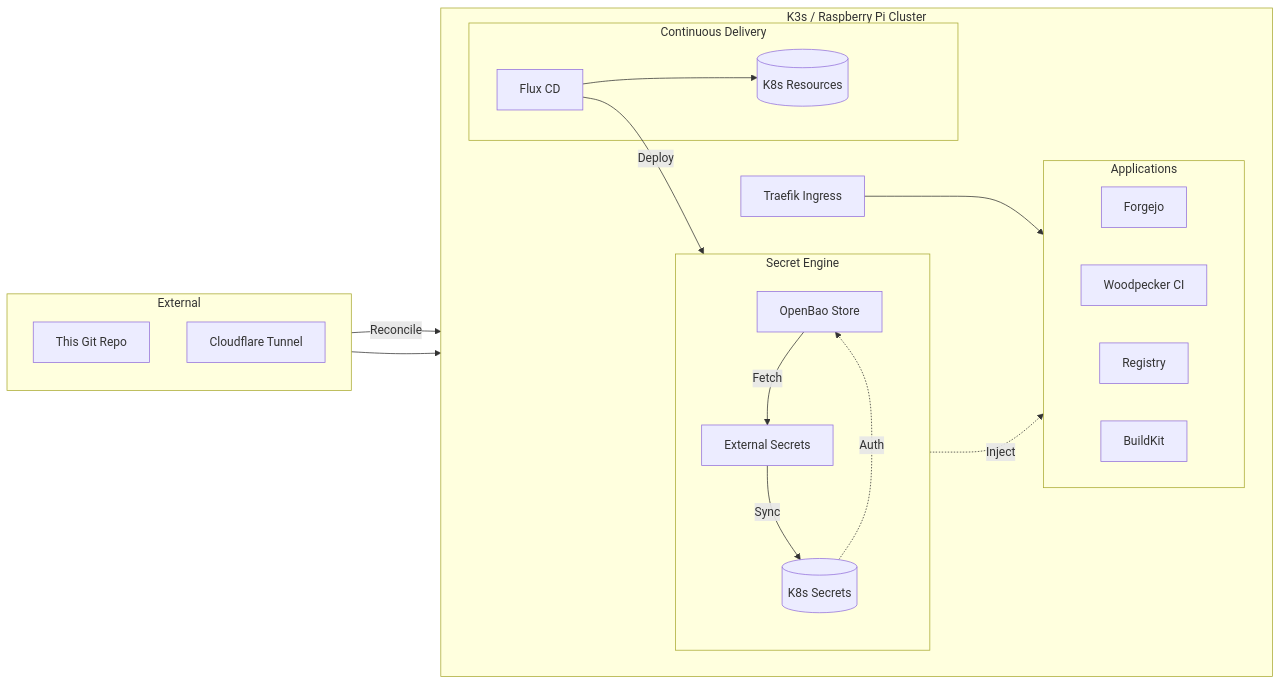
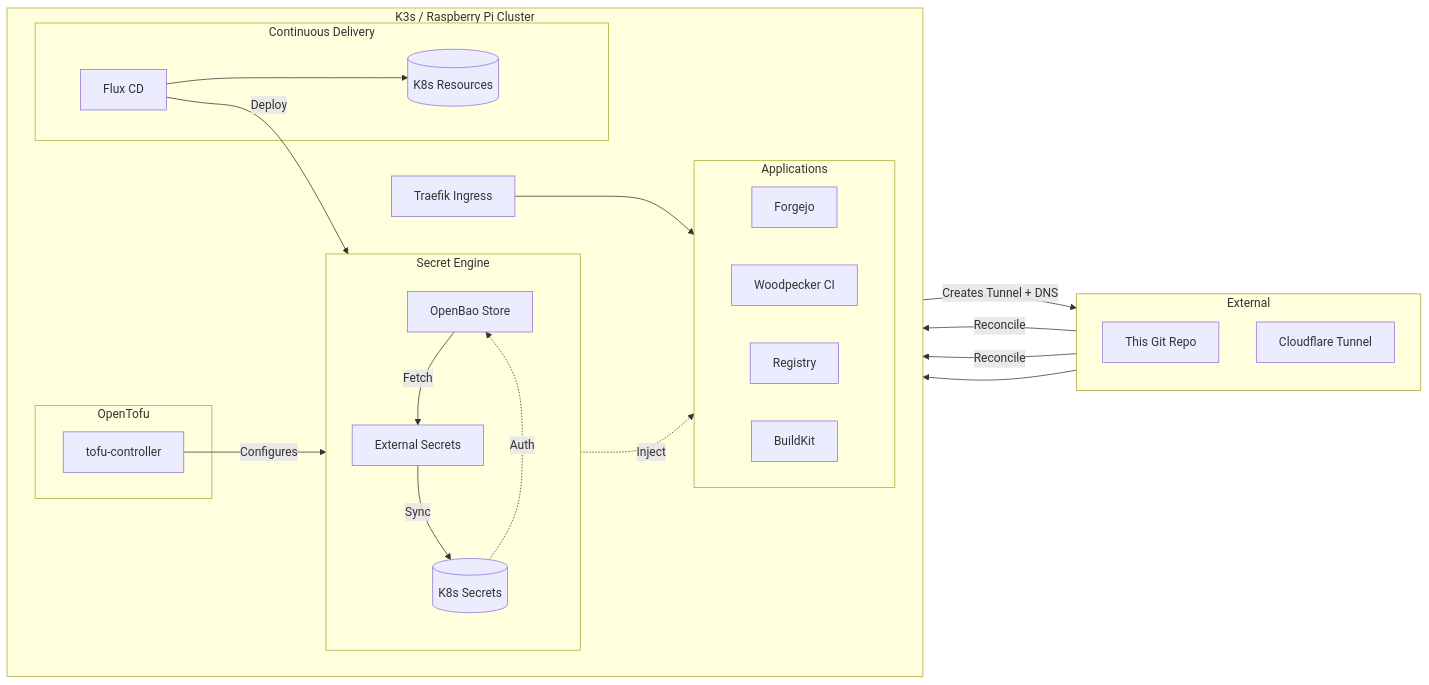
One commit to IzayoiKr/kudofools-infra changed the diagram in README.md. Above: the diagram before and after it, drawn with Mermaid. The commit also changed other lines of this file and 37 other files, not shown here.

````diff
--- a/README.md
+++ b/README.md
@@ -7,54 +7,64 @@
 ```mermaid
 graph LR
     %% External Network
     subgraph Ext [External]
         direction TB
         REPO[This Git Repo]
         CF[Cloudflare Tunnel]
     end
 
     %% K3s Cluster Boundary
     subgraph Cluster [K3s / Raspberry Pi Cluster]
         direction LR
 
         %% Core GitOps Logic
         subgraph GitOps [Continuous Delivery]
             FLUX[Flux CD]
             K8S_Res[(K8s Resources)]
+        end
+
+        %% Infrastructure-as-Code
+        subgraph IaC [OpenTofu]
+            TF[tofu-controller]
         end
 
         %% Security / Secret Syncing
         subgraph Security [Secret Engine]
             direction TB
             OB[OpenBao Store] -->|Fetch| ESO[External Secrets]
             ESO -->|Sync| K8S_Sec[(K8s Secrets)]
         end
 
         %% Routing Layer
         TR[Traefik Ingress]
 
         %% Target Applications Group
         subgraph Apps [Applications]
             direction LR
             FJ[Forgejo]
             WP[Woodpecker CI]
             REG[Registry]
             BK[BuildKit]
         end
     end
 
     %% --- CONNECTIONS ---
 
     %% GitOps Automation Paths
     REPO -->|Reconcile| FLUX
     FLUX --> K8S_Res
     FLUX -->|Deploy| OB
 
+    %% OpenTofu manages cloudflared + OpenBao config
+    REPO -->|Reconcile| TF
+    TF -->|Creates Tunnel + DNS| CF
+    TF -->|Configures| OB
+
     %% Network Routing Paths
     CF --> TR
     TR --> Apps
 
     %% Secret Consumptions
     K8S_Sec -.->|Inject| Apps
     K8S_Sec -.->|Auth| OB
 ```
````
